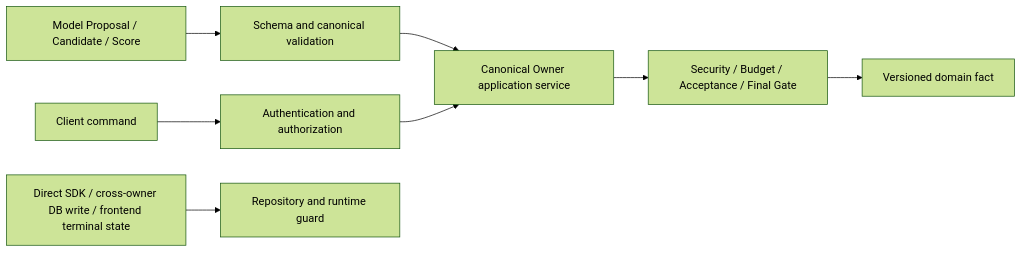
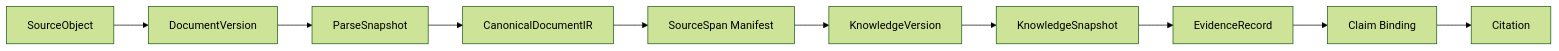
Before and after one commit to ProfessorZhi/Zuno: diagram 15 of 17 in docs/architecture/architecture-views.md, drawn with Mermaid (forest theme). The commit also changed other lines of this file, not shown here.

Commit message:
docs(architecture): refresh architecture v2 visual atlas [agent=chatgpt model=gpt-5.6-thinking worker=chatgpt-architecture-v2-001]

````diff
--- a/docs/architecture/architecture-views.md
+++ b/docs/architecture/architecture-views.md
@@ -330,9 +381,12 @@
 ```mermaid
 flowchart LR
-  MODEL[Model Proposal / Candidate / Score] --> SCHEMA[Schema and canonical validation]
-  CLIENT[Client command] --> AUTH[Authentication and authorization]
-  SCHEMA & AUTH --> OWNER[Canonical Owner application service]
-  OWNER --> POLICY[Security / Budget / Acceptance / Final Gate]
-  POLICY --> FACT[Versioned domain fact]
-  BYPASS[Direct SDK / cross-owner DB write / frontend terminal state] --> REJECT[Repository and runtime guard]
+    O[SourceObject] --> DV[DocumentVersion]
+    DV --> PS[ParseSnapshot]
+    PS --> IR[CanonicalDocumentIR]
+    IR --> SP[SourceSpan Manifest]
+    SP --> KV[KnowledgeVersion]
+    KV --> KS[KnowledgeSnapshot]
+    KS --> ER[EvidenceRecord]
+    ER --> CL[Claim Binding]
+    CL --> CI[Citation]
 ```
````
